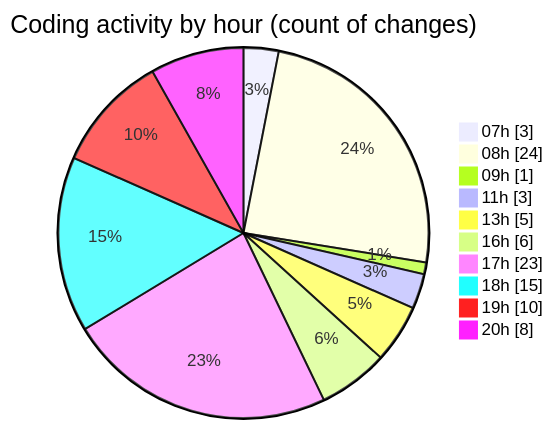
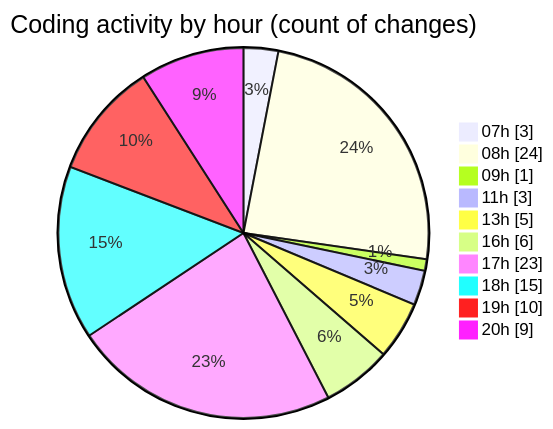
Before and after one commit to becaeroporto-bot/code-tracking: the second of 2 diagrams in 2026-02-20/bot_i_a/README.md, drawn with Mermaid. The commit also changed other lines of this file and 1 other file, not shown here.

````diff
--- a/2026-02-20/bot_i_a/README.md
+++ b/2026-02-20/bot_i_a/README.md
@@ -55,14 +55,14 @@
 ```mermaid
 pie showData
 title Coding activity by hour (count of changes)
 "07h" : 3
 "08h" : 24
 "09h" : 1
 "11h" : 3
 "13h" : 5
 "16h" : 6
 "17h" : 23
 "18h" : 15
 "19h" : 10
-"20h" : 8
+"20h" : 9
 ```
````
